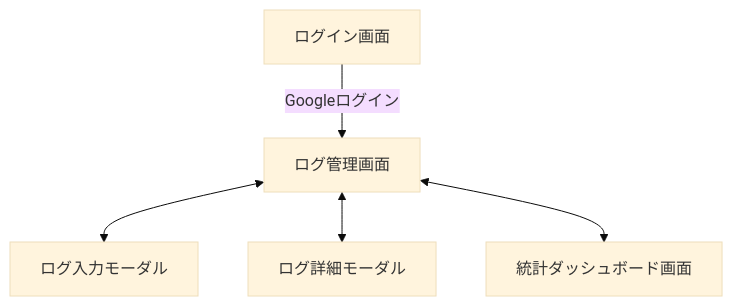
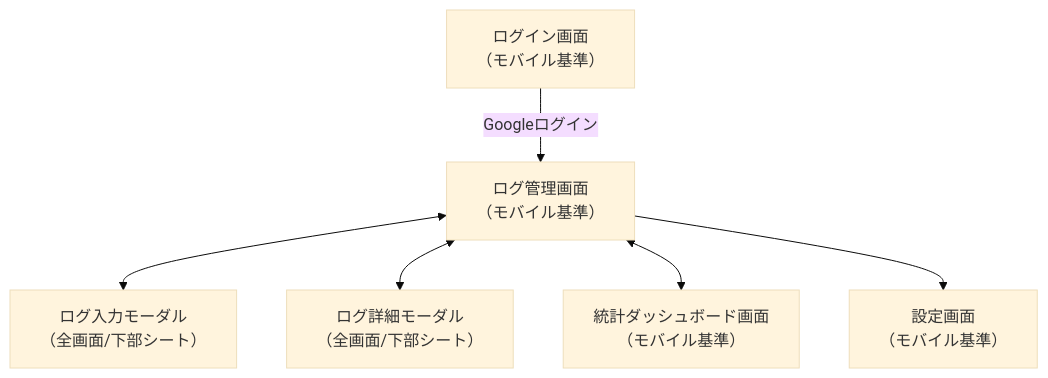
Before and after one commit to t-miura-024/lifro: the diagram in docs/design/画面遷移図.md, drawn with Mermaid (base theme). The commit also changed 5 other files, not shown here.

Commit message:
feat: 画面遷移図を更新し、モバイル基準の最適化を反映。要件定義にレスポンシブデザインの詳細を追加。MUIテーマにタッチターゲットやブレークポイントを設定し、ログインページのスタイルを改善。

````diff
--- a/docs/design/画面遷移図.md
+++ b/docs/design/画面遷移図.md
@@ -2,13 +2,15 @@
 ```mermaid
 graph TD;
-    LoginScreen[ログイン画面]
-    LogManagementScreen[ログ管理画面]
-    LogInputModal[ログ入力モーダル]
-    LogDetailModal[ログ詳細モーダル]
-    StatisticsDashboardScreen[統計ダッシュボード画面]
+    LoginScreen[ログイン画面\n（モバイル基準）]
+    LogManagementScreen[ログ管理画面\n（モバイル基準）]
+    LogInputModal[ログ入力モーダル\n（全画面/下部シート）]
+    LogDetailModal[ログ詳細モーダル\n（全画面/下部シート）]
+    StatisticsDashboardScreen[統計ダッシュボード画面\n（モバイル基準）]
+    SettingsScreen[設定画面\n（モバイル基準）]
 
     LoginScreen -->|Googleログイン| LogManagementScreen
     LogManagementScreen <--> LogInputModal
     LogManagementScreen <--> LogDetailModal
     LogManagementScreen <--> StatisticsDashboardScreen
+    LogManagementScreen --> SettingsScreen
 ```
````
